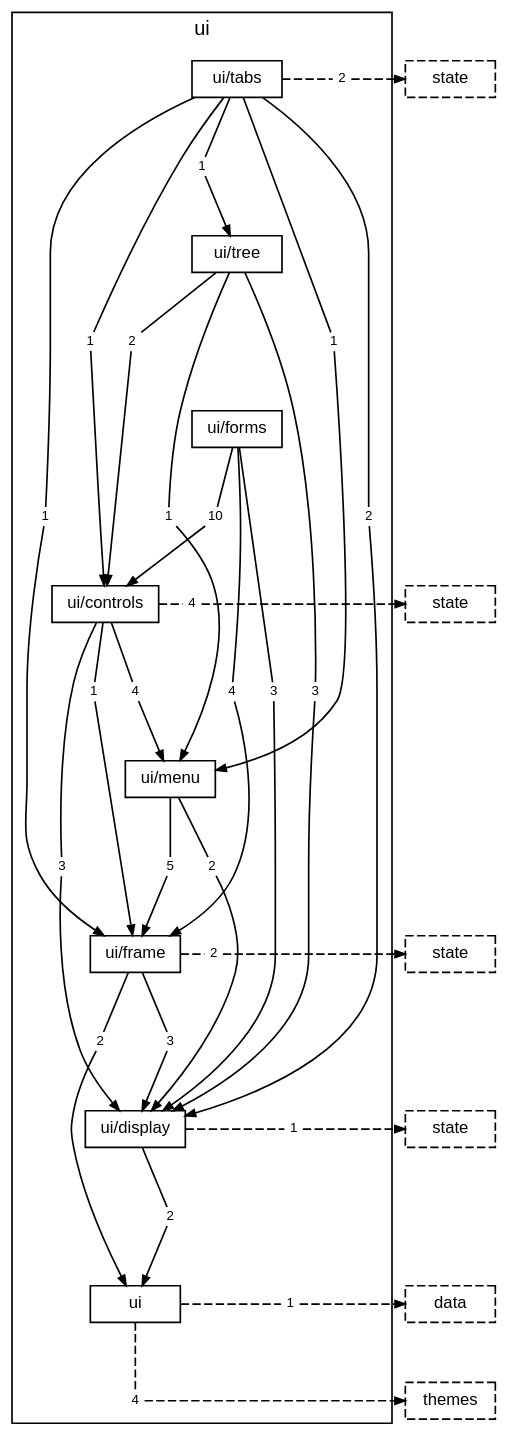
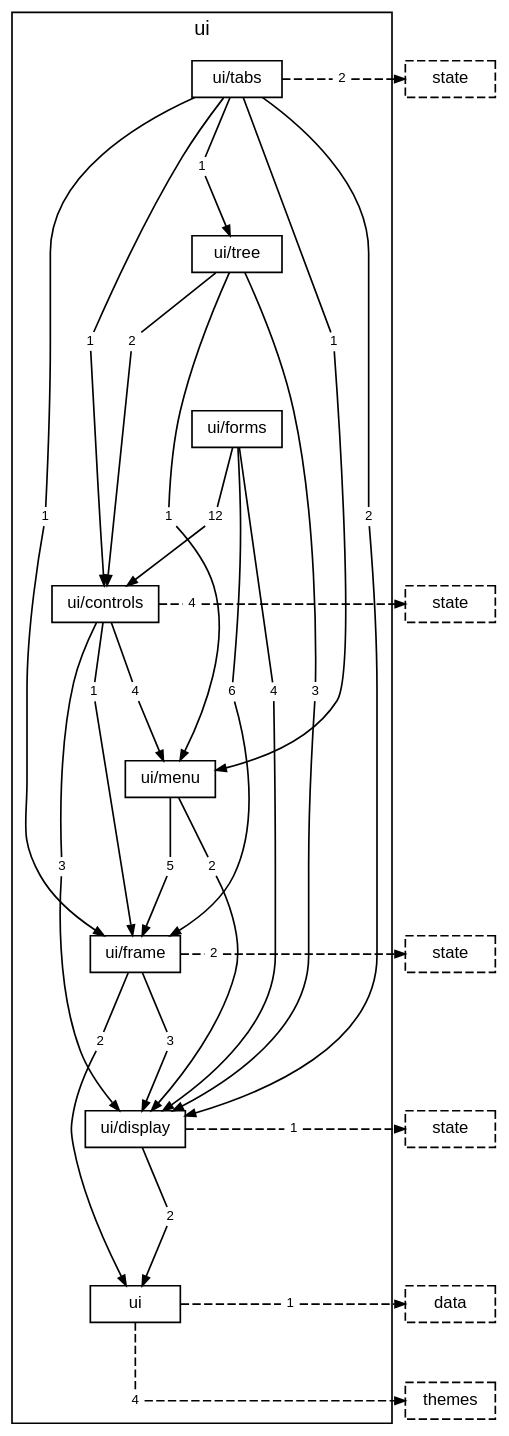
One commit to TheAxeC/oculus changed the diagram in docs/diagrams/layer-ui.dot. Above: the diagram before and after it, drawn with Graphviz. The commit also changed 116 other files, not shown here.

```diff
--- a/docs/diagrams/layer-ui.dot
+++ b/docs/diagrams/layer-ui.dot
@@ -1,110 +1,110 @@
 digraph layer_ui {
     graph [bgcolor="transparent", rankdir=TB, newrank=true, mclimit=4, fontname="Helvetica,Arial,sans-serif", fontsize=12, nodesep=0.2, ranksep=0.5];
     node [shape=box, color="black", fontcolor="black", fontname="Helvetica,Arial,sans-serif", fontsize=10, height=0.3, margin="0.12,0.04"];
     edge [color="black", fontcolor="black", fontname="Helvetica,Arial,sans-serif", fontsize=8, arrowsize=0.6];
     subgraph "cluster_ui" {
         label="ui"; style=solid;
         "folder ui/tabs" [label="ui/tabs"];
         "folder ui/tree" [label="ui/tree"];
         "folder ui/forms" [label="ui/forms"];
         "folder ui/controls" [label="ui/controls"];
         "folder ui/menu" [label="ui/menu"];
         "folder ui/frame" [label="ui/frame"];
         "folder ui/display" [label="ui/display"];
         "folder ui" [label="ui"];
         "folder ui/tabs to folder ui/controls" [label="1", shape=box, color="transparent", fontsize=8, width=0, height=0, margin="0.04,0.02"];
         "folder ui/tabs to folder ui/display" [label="2", shape=box, color="transparent", fontsize=8, width=0, height=0, margin="0.04,0.02"];
         "folder ui/tabs to folder ui/frame" [label="1", shape=box, color="transparent", fontsize=8, width=0, height=0, margin="0.04,0.02"];
         "folder ui/tabs to folder ui/menu" [label="1", shape=box, color="transparent", fontsize=8, width=0, height=0, margin="0.04,0.02"];
         "folder ui/tabs to folder ui/tree" [label="1", shape=box, color="transparent", fontsize=8, width=0, height=0, margin="0.04,0.02"];
         "folder ui/tabs to layer state" [label="2", shape=box, color="transparent", fontsize=8, width=0, height=0, margin="0.04,0.02"];
         "folder ui/tree to folder ui/controls" [label="2", shape=box, color="transparent", fontsize=8, width=0, height=0, margin="0.04,0.02"];
         "folder ui/tree to folder ui/display" [label="3", shape=box, color="transparent", fontsize=8, width=0, height=0, margin="0.04,0.02"];
         "folder ui/tree to folder ui/menu" [label="1", shape=box, color="transparent", fontsize=8, width=0, height=0, margin="0.04,0.02"];
-        "folder ui/forms to folder ui/controls" [label="10", shape=box, color="transparent", fontsize=8, width=0, height=0, margin="0.04,0.02"];
-        "folder ui/forms to folder ui/display" [label="3", shape=box, color="transparent", fontsize=8, width=0, height=0, margin="0.04,0.02"];
-        "folder ui/forms to folder ui/frame" [label="4", shape=box, color="transparent", fontsize=8, width=0, height=0, margin="0.04,0.02"];
+        "folder ui/forms to folder ui/controls" [label="12", shape=box, color="transparent", fontsize=8, width=0, height=0, margin="0.04,0.02"];
+        "folder ui/forms to folder ui/display" [label="4", shape=box, color="transparent", fontsize=8, width=0, height=0, margin="0.04,0.02"];
+        "folder ui/forms to folder ui/frame" [label="6", shape=box, color="transparent", fontsize=8, width=0, height=0, margin="0.04,0.02"];
         "folder ui/controls to folder ui/display" [label="3", shape=box, color="transparent", fontsize=8, width=0, height=0, margin="0.04,0.02"];
         "folder ui/controls to folder ui/frame" [label="1", shape=box, color="transparent", fontsize=8, width=0, height=0, margin="0.04,0.02"];
         "folder ui/controls to folder ui/menu" [label="4", shape=box, color="transparent", fontsize=8, width=0, height=0, margin="0.04,0.02"];
         "folder ui/controls to layer state" [label="4", shape=box, color="transparent", fontsize=8, width=0, height=0, margin="0.04,0.02"];
         "folder ui/menu to folder ui/display" [label="2", shape=box, color="transparent", fontsize=8, width=0, height=0, margin="0.04,0.02"];
         "folder ui/menu to folder ui/frame" [label="5", shape=box, color="transparent", fontsize=8, width=0, height=0, margin="0.04,0.02"];
         "folder ui/frame to folder ui" [label="2", shape=box, color="transparent", fontsize=8, width=0, height=0, margin="0.04,0.02"];
         "folder ui/frame to folder ui/display" [label="3", shape=box, color="transparent", fontsize=8, width=0, height=0, margin="0.04,0.02"];
         "folder ui/frame to layer state" [label="2", shape=box, color="transparent", fontsize=8, width=0, height=0, margin="0.04,0.02"];
         "folder ui/display to folder ui" [label="2", shape=box, color="transparent", fontsize=8, width=0, height=0, margin="0.04,0.02"];
         "folder ui/display to layer state" [label="1", shape=box, color="transparent", fontsize=8, width=0, height=0, margin="0.04,0.02"];
         "folder ui to layer data" [label="1", shape=box, color="transparent", fontsize=8, width=0, height=0, margin="0.04,0.02"];
         "folder ui to layer themes" [label="4", shape=box, color="transparent", fontsize=8, width=0, height=0, margin="0.04,0.02"];
     }
     "layer state from folder ui/tabs" [label="state", style=dashed];
     "layer state from folder ui/controls" [label="state", style=dashed];
     "layer state from folder ui/frame" [label="state", style=dashed];
     "layer state from folder ui/display" [label="state", style=dashed];
     "layer data from folder ui" [label="data", style=dashed];
     "layer themes from folder ui" [label="themes", style=dashed];
     "folder ui/tabs" -> "folder ui/tree" [style=invis, weight=10, minlen=2];
     "folder ui/tree" -> "folder ui/forms" [style=invis, weight=10, minlen=2];
     "folder ui/forms" -> "folder ui/controls" [style=invis, weight=10, minlen=2];
     "folder ui/controls" -> "folder ui/menu" [style=invis, weight=10, minlen=2];
     "folder ui/menu" -> "folder ui/frame" [style=invis, weight=10, minlen=2];
     "folder ui/frame" -> "folder ui/display" [style=invis, weight=10, minlen=2];
     "folder ui/display" -> "folder ui" [style=invis, weight=10, minlen=2];
     "folder ui/tabs" -> "folder ui/tabs to folder ui/controls" [arrowhead=none, minlen=3, weight=10];
     "folder ui/tabs to folder ui/controls" -> "folder ui/controls" [];
     "folder ui/tabs" -> "folder ui/tabs to folder ui/display" [arrowhead=none, minlen=5, weight=10];
     "folder ui/tabs to folder ui/display" -> "folder ui/display" [];
     "folder ui/tabs" -> "folder ui/tabs to folder ui/frame" [arrowhead=none, minlen=5, weight=10];
     "folder ui/tabs to folder ui/frame" -> "folder ui/frame" [];
     "folder ui/tabs" -> "folder ui/tabs to folder ui/menu" [arrowhead=none, minlen=3, weight=10];
     "folder ui/tabs to folder ui/menu" -> "folder ui/menu" [];
     "folder ui/tabs" -> "folder ui/tabs to folder ui/tree" [arrowhead=none, minlen=1, weight=10];
     "folder ui/tabs to folder ui/tree" -> "folder ui/tree" [];
     "folder ui/tabs" -> "folder ui/tabs to layer state" [arrowhead=none, style=dashed];
     "folder ui/tabs to layer state" -> "layer state from folder ui/tabs" [style=dashed];
     { rank=same; "folder ui/tabs"; "folder ui/tabs to layer state"; "layer state from folder ui/tabs"; }
     "folder ui/tree" -> "folder ui/tree to folder ui/controls" [arrowhead=none, minlen=1, weight=10];
     "folder ui/tree to folder ui/controls" -> "folder ui/controls" [];
     "folder ui/tree" -> "folder ui/tree to folder ui/display" [arrowhead=none, minlen=5, weight=10];
     "folder ui/tree to folder ui/display" -> "folder ui/display" [];
     "folder ui/tree" -> "folder ui/tree to folder ui/menu" [arrowhead=none, minlen=3, weight=10];
     "folder ui/tree to folder ui/menu" -> "folder ui/menu" [];
     "folder ui/forms" -> "folder ui/forms to folder ui/controls" [arrowhead=none, minlen=1, weight=10];
     "folder ui/forms to folder ui/controls" -> "folder ui/controls" [];
     "folder ui/forms" -> "folder ui/forms to folder ui/display" [arrowhead=none, minlen=3, weight=10];
     "folder ui/forms to folder ui/display" -> "folder ui/display" [];
     "folder ui/forms" -> "folder ui/forms to folder ui/frame" [arrowhead=none, minlen=3, weight=10];
     "folder ui/forms to folder ui/frame" -> "folder ui/frame" [];
     "folder ui/controls" -> "folder ui/controls to folder ui/display" [arrowhead=none, minlen=3, weight=10];
     "folder ui/controls to folder ui/display" -> "folder ui/display" [];
     "folder ui/controls" -> "folder ui/controls to folder ui/frame" [arrowhead=none, minlen=1, weight=10];
     "folder ui/controls to folder ui/frame" -> "folder ui/frame" [];
     "folder ui/controls" -> "folder ui/controls to folder ui/menu" [arrowhead=none, minlen=1, weight=10];
     "folder ui/controls to folder ui/menu" -> "folder ui/menu" [];
     "folder ui/controls" -> "folder ui/controls to layer state" [arrowhead=none, style=dashed];
     "folder ui/controls to layer state" -> "layer state from folder ui/controls" [style=dashed];
     { rank=same; "folder ui/controls"; "folder ui/controls to layer state"; "layer state from folder ui/controls"; }
     "folder ui/menu" -> "folder ui/menu to folder ui/display" [arrowhead=none, minlen=1, weight=10];
     "folder ui/menu to folder ui/display" -> "folder ui/display" [];
     "folder ui/menu" -> "folder ui/menu to folder ui/frame" [arrowhead=none, minlen=1, weight=10];
     "folder ui/menu to folder ui/frame" -> "folder ui/frame" [];
     "folder ui/frame" -> "folder ui/frame to folder ui" [arrowhead=none, minlen=1, weight=10];
     "folder ui/frame to folder ui" -> "folder ui" [];
     "folder ui/frame" -> "folder ui/frame to folder ui/display" [arrowhead=none, minlen=1, weight=10];
     "folder ui/frame to folder ui/display" -> "folder ui/display" [];
     "folder ui/frame" -> "folder ui/frame to layer state" [arrowhead=none, style=dashed];
     "folder ui/frame to layer state" -> "layer state from folder ui/frame" [style=dashed];
     { rank=same; "folder ui/frame"; "folder ui/frame to layer state"; "layer state from folder ui/frame"; }
     "folder ui/display" -> "folder ui/display to folder ui" [arrowhead=none, minlen=1, weight=10];
     "folder ui/display to folder ui" -> "folder ui" [];
     "folder ui/display" -> "folder ui/display to layer state" [arrowhead=none, style=dashed];
     "folder ui/display to layer state" -> "layer state from folder ui/display" [style=dashed];
     { rank=same; "folder ui/display"; "folder ui/display to layer state"; "layer state from folder ui/display"; }
     "folder ui" -> "folder ui to layer data" [arrowhead=none, style=dashed];
     "folder ui to layer data" -> "layer data from folder ui" [style=dashed];
     { rank=same; "folder ui"; "folder ui to layer data"; "layer data from folder ui"; }
     "folder ui" -> "folder ui to layer themes" [arrowhead=none, style=dashed, minlen=1, weight=10];
     "folder ui to layer themes" -> "layer themes from folder ui" [style=dashed];
     { rank=same; "folder ui to layer themes"; "layer themes from folder ui"; }
 }
```
